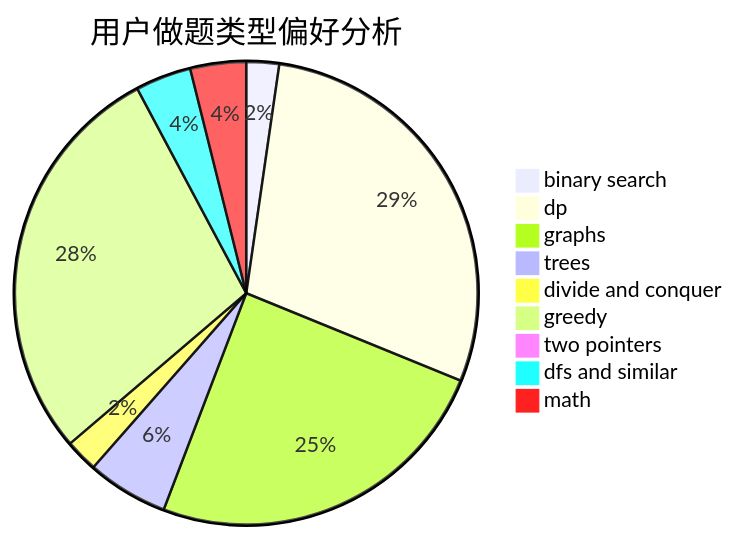
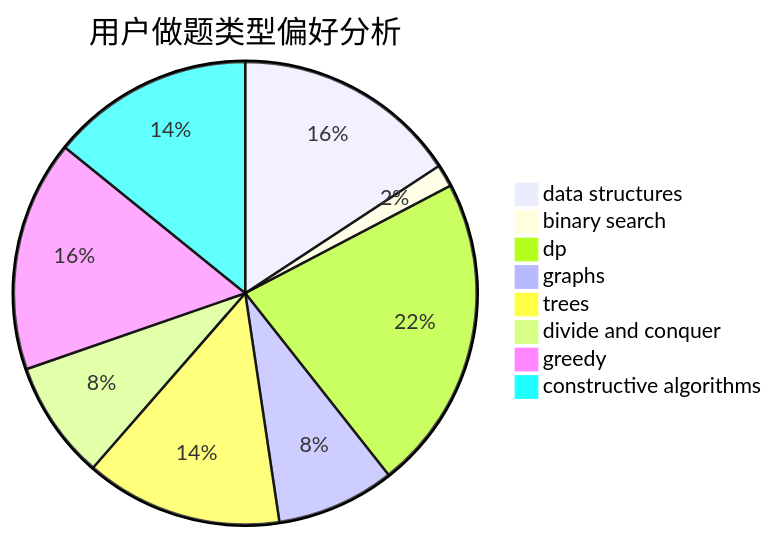
One commit to sherpahu/cfrs.github.io changed the second of 3 diagrams in docs/user/u1079.md. Above: the diagram before and after it, drawn with Mermaid. The commit also changed other lines of this file and 2775 other files, not shown here.

````diff
--- a/docs/user/u1079.md
+++ b/docs/user/u1079.md
@@ -23,12 +23,11 @@
 ```mermaid
 pie title 用户做题类型偏好分析
-    "binary search" :  27
-    "dp" :  341
-    "graphs" :  291
-    "trees" :  67
-    "divide and conquer" :  27
-    "greedy" :  336
-    "two pointers" :  1
-    "dfs and similar" :  46
-    "math" :  46
+    "data structures" :  40
+    "binary search" :  4
+    "dp" :  56
+    "graphs" :  21
+    "trees" :  35
+    "divide and conquer" :  21
+    "greedy" :  41
+    "constructive algorithms" :  36
 ```
````
